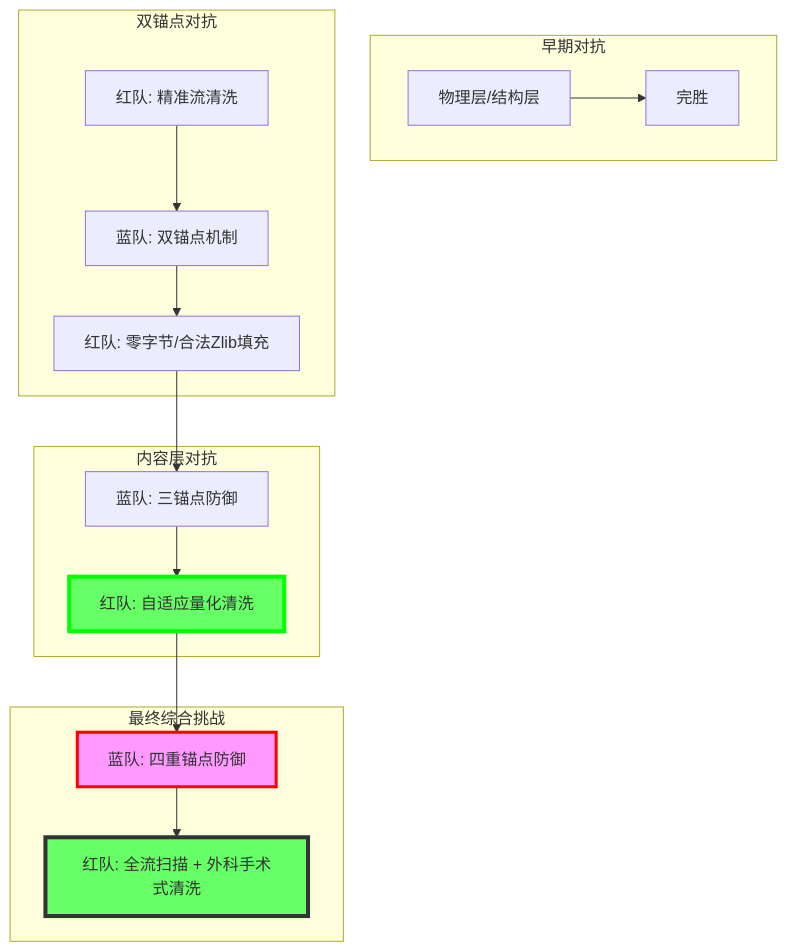
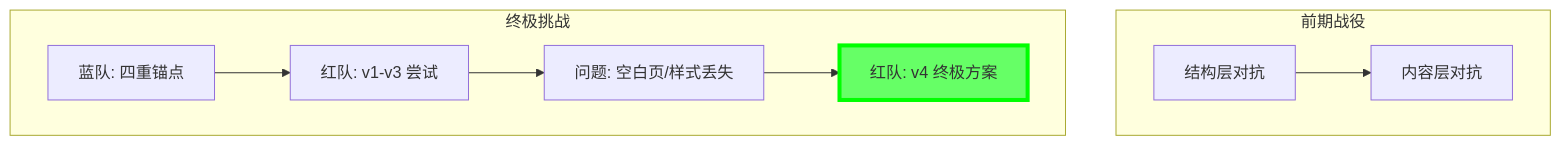
One commit to hrygo/phantom-stream changed the diagram in attacker/docs/PHANTOMSTREAM_FINAL_REPORT.md. Above: the diagram before and after it, drawn with Mermaid. The commit also changed other lines of this file and 55 other files, not shown here.

````diff
--- a/attacker/docs/PHANTOMSTREAM_FINAL_REPORT.md
+++ b/attacker/docs/PHANTOMSTREAM_FINAL_REPORT.md
@@ -19,25 +20,14 @@
 ```mermaid
 graph TD
-    subgraph Phase1-6 [早期对抗]
-    D1[物理层/结构层] --> A1[完胜]
+    subgraph Phase1-8 [前期战役]
+    P1[结构层对抗] --> P8[内容层对抗]
     end
 
-    subgraph Phase7 [双锚点对抗]
-    A6[红队: 精准流清洗] --> D7[蓝队: 双锚点机制]
-    D7 --> A7[红队: 零字节/合法Zlib填充]
+    subgraph Phase9 [终极挑战]
+    D9[蓝队: 四重锚点] --> A9[红队: v1-v3 尝试]
+    A9 --> F1[问题: 空白页/样式丢失]
+    F1 --> A10[红队: v4 终极方案]
     end
-
-    subgraph Phase8 [内容层对抗]
-    A7 --> D8[蓝队: 三锚点防御]
-    D8 --> A8[红队: 自适应量化清洗]
-    end
-
-    subgraph Phase9 [最终综合挑战]
-    A8 --> D9[蓝队: 四重锚点防御]
-    D9 --> A9[红队: 全流扫描 + 外科手术式清洗]
-    end
-
-    style A8 fill:#6f6,stroke:#0f0,stroke-width:4px
-    style D9 fill:#f9f,stroke:#f00,stroke-width:3px
-    style A9 fill:#6f6,stroke:#0f0,stroke:#333,stroke-width:4px
+    
+    style A10 fill:#6f6,stroke:#0f0,stroke-width:4px
 ```
````
